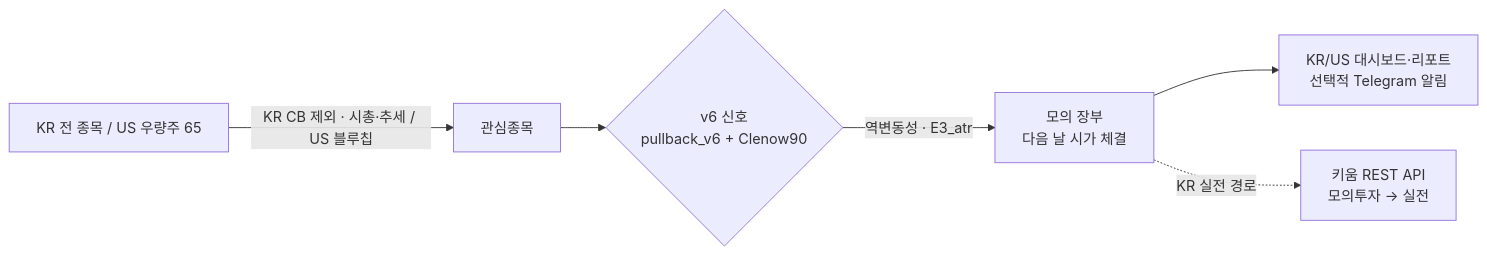
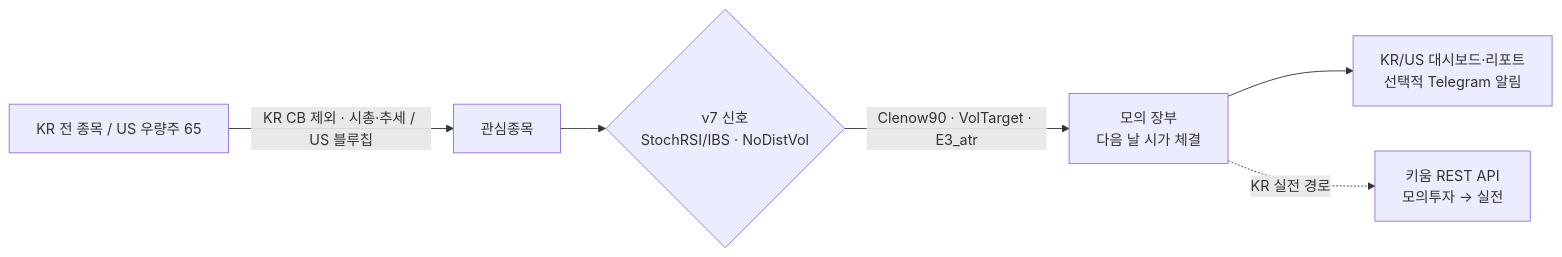
Before and after one commit to Alpha-Crew-Labs/stock-autotrader: the diagram in README.md, drawn with Mermaid. The commit also changed other lines of this file and 23 other files, not shown here.

Commit message:
feat: upgrade strategy to v7 (StochRSI/IBS + NoDistVol + Clenow90 + VolTarget + E3_atr) (#4)

````diff
--- a/README.md
+++ b/README.md
@@ -29,8 +29,8 @@
 ```mermaid
 flowchart LR
     A[KR 전 종목 / US 우량주 65] -->|KR CB 제외 · 시총·추세 / US 블루칩| B[관심종목]
-    B --> C{v6 신호<br/>pullback_v6 + Clenow90}
-    C -->|역변동성 · E3_atr| D[모의 장부<br/>다음 날 시가 체결]
+    B --> C{v7 신호<br/>StochRSI/IBS · NoDistVol}
+    C -->|Clenow90 · VolTarget · E3_atr| D[모의 장부<br/>다음 날 시가 체결]
     D --> E[KR/US 대시보드·리포트<br/>선택적 Telegram 알림]
     D -.KR 실전 경로.-> F[키움 REST API<br/>모의투자 → 실전]
 ```
````
